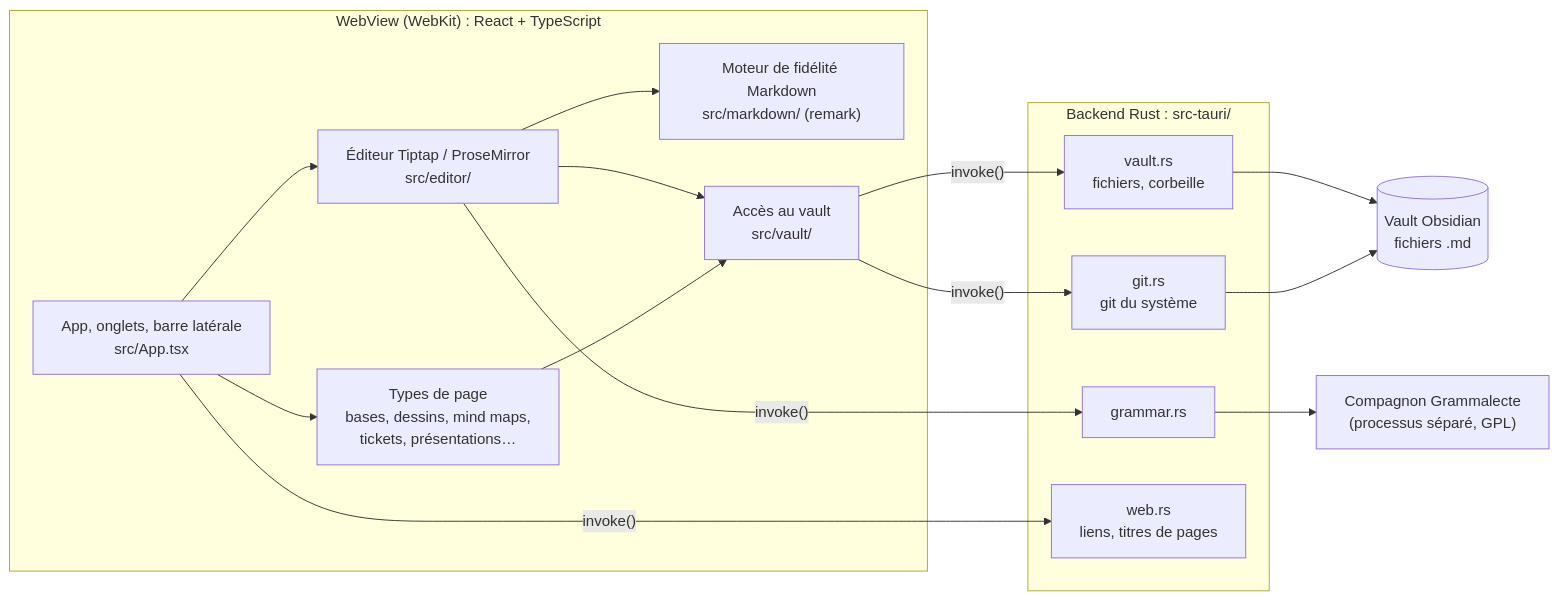
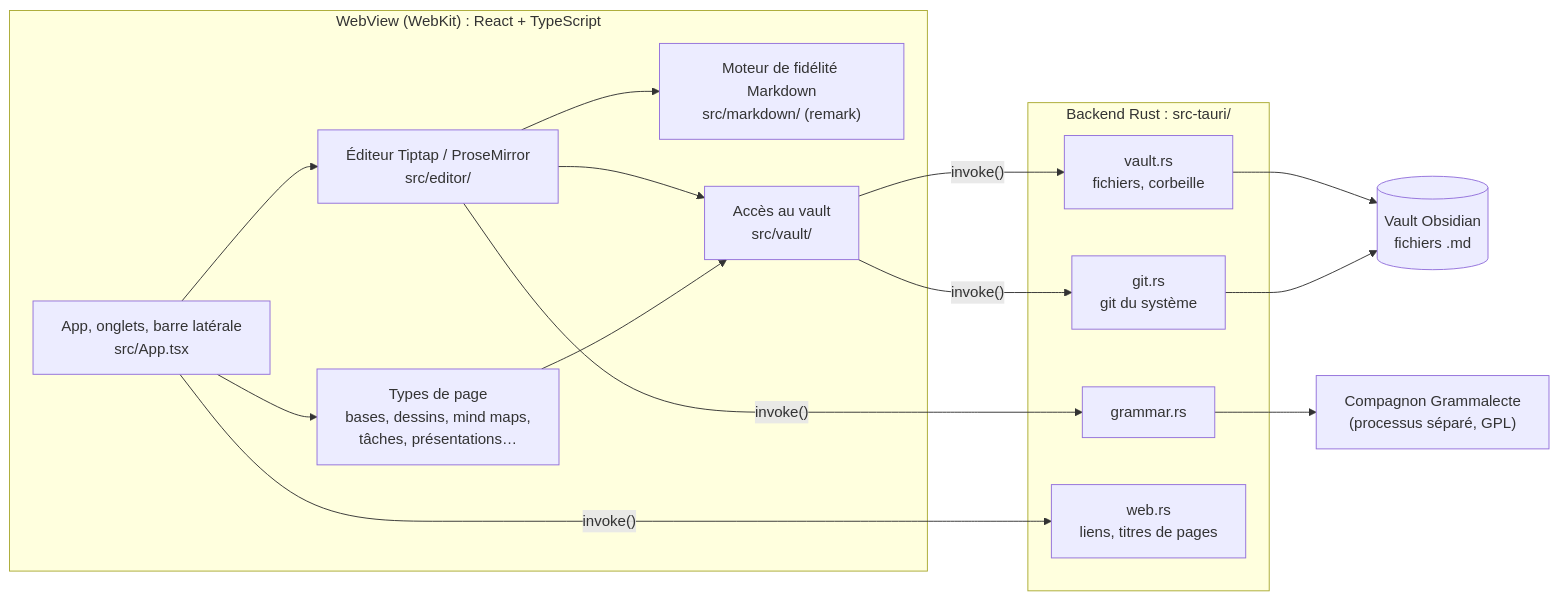
Before and after one commit to florentfougeres/FlowNote: the diagram in docs/sous-le-capot.md, drawn with Mermaid. The commit also changed other lines of this file and 103 other files, not shown here.

First line of the commit message:
Tâches au format TaskNotes : tickets et Todo.md fusionnés

````diff
--- a/docs/sous-le-capot.md
+++ b/docs/sous-le-capot.md
@@ -9,27 +9,27 @@
 ```mermaid
 flowchart LR
   subgraph WebView["WebView (WebKit) : React + TypeScript"]
     UI["App, onglets, barre latérale<br/>src/App.tsx"]
     ED["Éditeur Tiptap / ProseMirror<br/>src/editor/"]
     MD["Moteur de fidélité Markdown<br/>src/markdown/ (remark)"]
-    PT["Types de page<br/>bases, dessins, mind maps,<br/>tickets, présentations…"]
+    PT["Types de page<br/>bases, dessins, mind maps,<br/>tâches, présentations…"]
     VA["Accès au vault<br/>src/vault/"]
   end
   subgraph Rust["Backend Rust : src-tauri/"]
     FS["vault.rs<br/>fichiers, corbeille"]
     GIT["git.rs<br/>git du système"]
     GR["grammar.rs"]
     WEB["web.rs<br/>liens, titres de pages"]
   end
   GC["Compagnon Grammalecte<br/>(processus séparé, GPL)"]
   UI --> ED --> MD
   UI --> PT
   ED --> VA
   PT --> VA
   VA -- "invoke()" --> FS
   VA -- "invoke()" --> GIT
   ED -- "invoke()" --> GR --> GC
   UI -- "invoke()" --> WEB
   FS --> Disk[("Vault Obsidian<br/>fichiers .md")]
   GIT --> Disk
 ```
````
